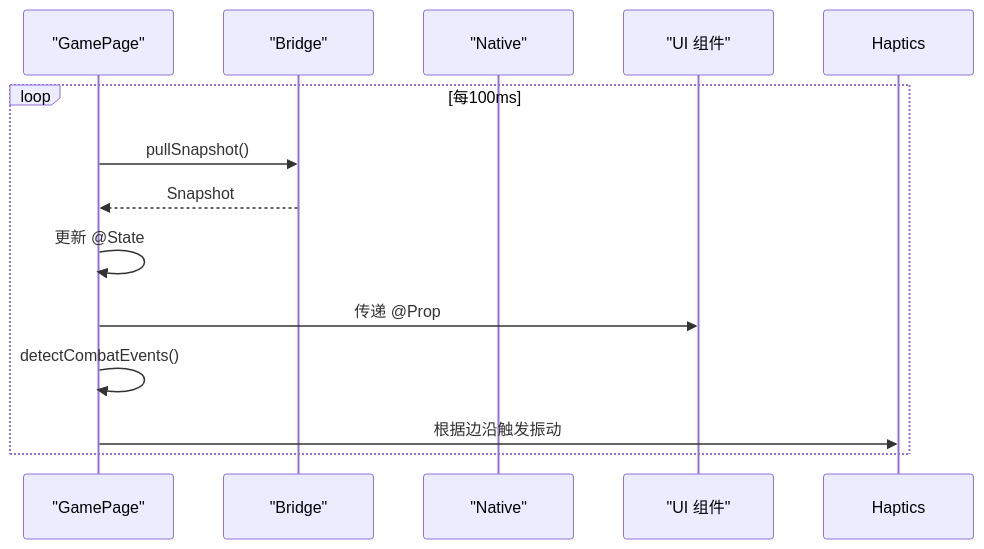
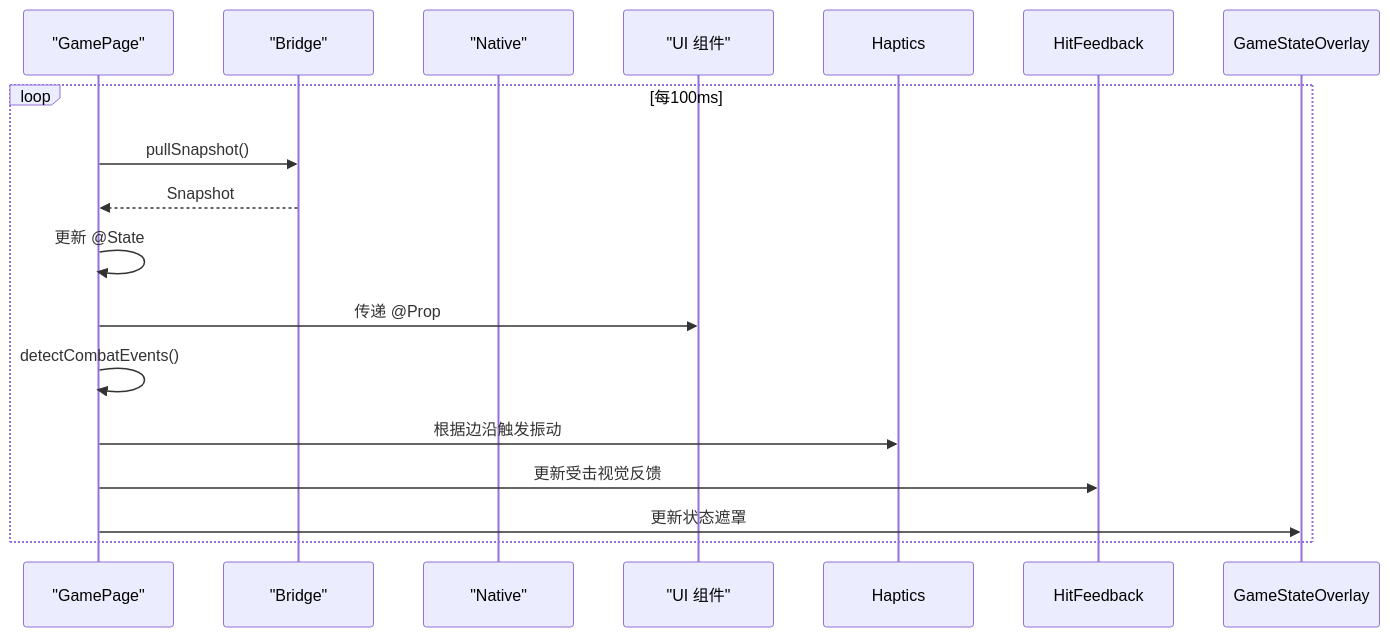
One commit to sj123sheng/my-world changed the fifth of 7 diagrams in .qoder/repowiki/zh/content/前端界面系统/战斗视觉反馈系统.md. Above: the diagram before and after it, drawn with Mermaid. The commit also changed other lines of this file and 160 other files, not shown here.

````diff
--- a/.qoder/repowiki/zh/content/前端界面系统/战斗视觉反馈系统.md
+++ b/.qoder/repowiki/zh/content/前端界面系统/战斗视觉反馈系统.md
@@ -197,15 +207,17 @@
 ```mermaid
 sequenceDiagram
 participant GP as "GamePage"
 participant BR as "Bridge"
 participant NATIVE as "Native"
 participant UI as "UI 组件"
 loop 每100ms
 GP->>BR : pullSnapshot()
 BR-->>GP : Snapshot
 GP->>GP : 更新 @State
 GP->>UI : 传递 @Prop
 GP->>GP : detectCombatEvents()
 GP->>Haptics : 根据边沿触发振动
+GP->>HitFeedback : 更新受击视觉反馈
+GP->>GameStateOverlay : 更新状态遮罩
 end
 ```
````
